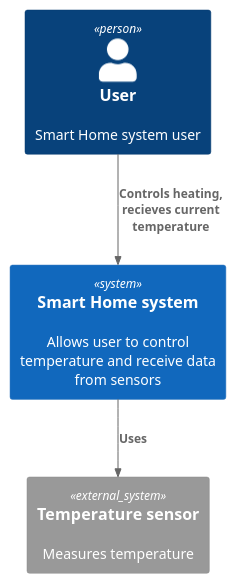
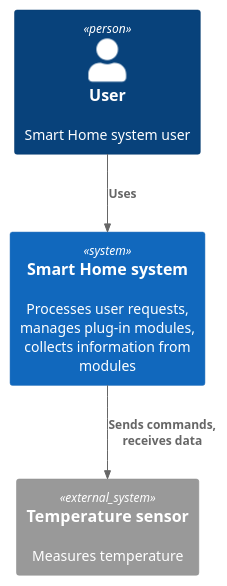
One commit to Madm1key/architecture-warmhouse changed the diagram in diagram/context/SmartHome_Context.puml. Above: the diagram before and after it, drawn with PlantUML. The commit also changed 3 other files, not shown here.

```diff
--- a/diagram/context/SmartHome_Context.puml
+++ b/diagram/context/SmartHome_Context.puml
@@ -1,10 +1,10 @@
 @startuml
 !include https://raw.githubusercontent.com/plantuml-stdlib/C4-PlantUML/master/C4_Context.puml
 
 Person(user, "User", "Smart Home system user")
-System(app, "Smart Home system", "Allows user to control temperature and receive data from sensors")
+System(app, "Smart Home system", "Processes user requests, manages plug-in modules, collects information from modules")
 System_Ext(sensor, "Temperature sensor", $descr="Measures temperature")
 
-Rel(user, app, "Controls heating, recieves current temperature")
-Rel(app, sensor, "Uses")
+Rel(user, app, "Uses")
+Rel(app, sensor, "Sends commands, receives data")
 @enduml
```
